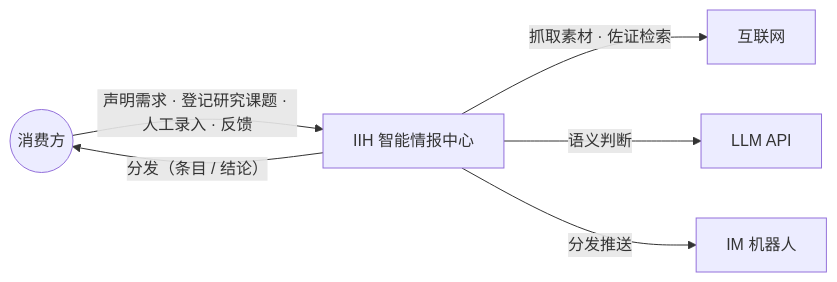
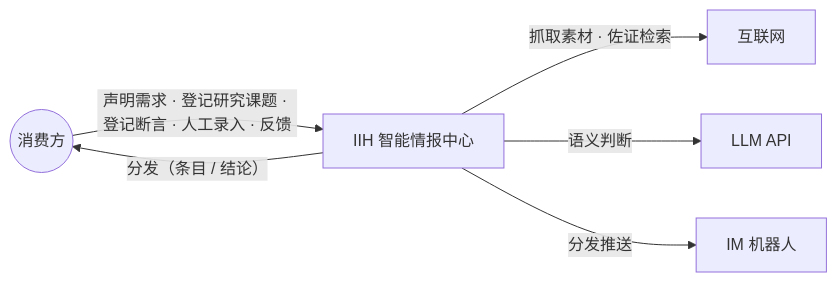
One commit to leoricmaster/iih changed the first of 3 diagrams in backlog/docs/doc-05 - 技术架构-Technical-Architecture.md. Above: the diagram before and after it, drawn with Mermaid. The commit also changed other lines of this file and 1 other file, not shown here.

````diff
--- a/backlog/docs/doc-05 - 技术架构-Technical-Architecture.md
+++ b/backlog/docs/doc-05 - 技术架构-Technical-Architecture.md
@@ -27,14 +27,14 @@
 ```mermaid
 flowchart LR
     U((消费方))
     IIH[IIH 智能情报中心]
     WEB[互联网]
     LLM[LLM API]
     PUSH[IM 机器人]
 
-    U -->|声明需求 · 登记研究课题 · 人工录入 · 反馈| IIH
+    U -->|声明需求 · 登记研究课题 · 登记断言 · 人工录入 · 反馈| IIH
     IIH -->|分发（条目 / 结论）| U
     IIH -->|抓取素材 · 佐证检索| WEB
     IIH -->|语义判断| LLM
     IIH -->|分发推送| PUSH
 ```
````
